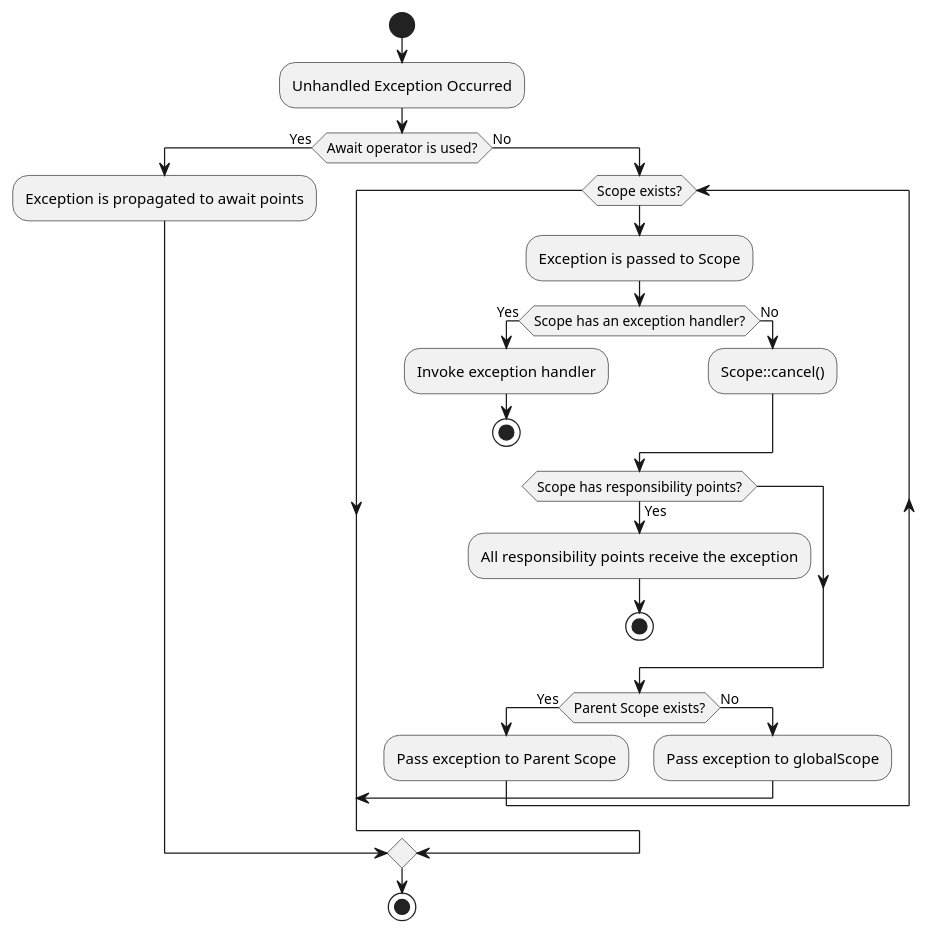
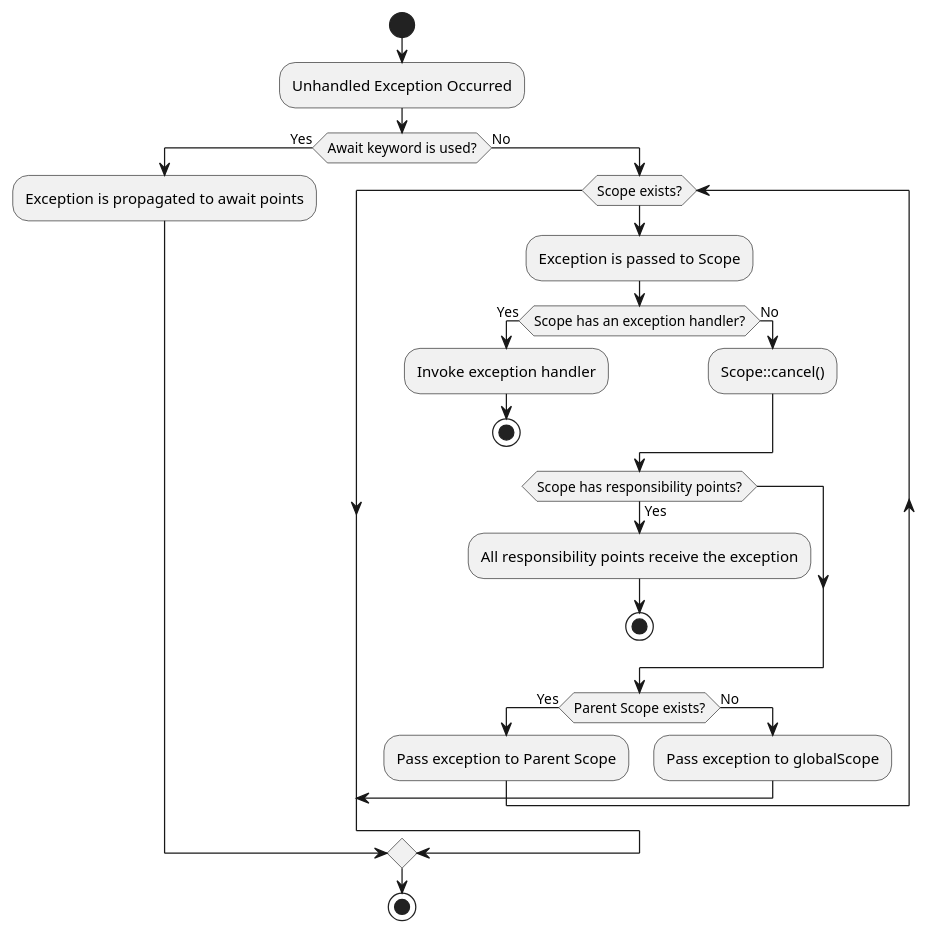
Before and after one commit to true-async/php-true-async-rfc: the first of 2 diagrams in basic.md, drawn with PlantUML. The commit also changed other lines of this file and 1 other file, not shown here.

Commit message:
% replace operator => statement/keyword

````diff
--- a/basic.md
+++ b/basic.md
@@ -1185,30 +1185,30 @@
 ```puml
 @startuml
 start
 :Unhandled Exception Occurred;
-if (Await operator is used?) then (Yes)
+if (Await keyword is used?) then (Yes)
     :Exception is propagated to await points;
 else (No)
     while (Scope exists?)
         :Exception is passed to Scope;
         if (Scope has an exception handler?) then (Yes)
             :Invoke exception handler;
             stop
         else (No)
             :Scope::cancel();
         endif
         if (Scope has responsibility points?) then (Yes)
             :All responsibility points receive the exception;
             stop
         endif
         if (Parent Scope exists?) then (Yes)
             :Pass exception to Parent Scope;
         else (No)
             :Pass exception to globalScope;
             break
         endif
     endwhile
 endif
 stop
 @enduml
 ```
````
